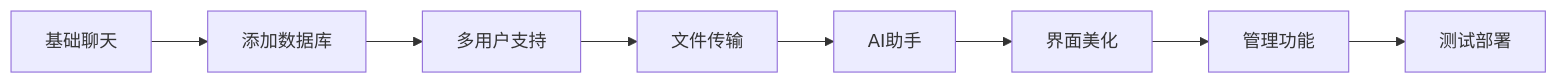
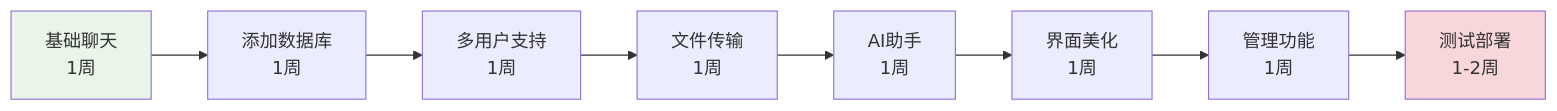
The third of 5 diagrams in docs/learning-v02/index.md (ogas1024/Chat-Room), drawn with Mermaid before and after one commit. The commit also changed other lines of this file and 33 other files, not shown here.

````diff
--- a/docs/learning-v02/index.md
+++ b/docs/learning-v02/index.md
@@ -154,10 +256,13 @@
 ```mermaid
 graph LR
-    A[基础聊天] --> B[添加数据库]
-    B --> C[多用户支持]
-    C --> D[文件传输]
-    D --> E[AI助手]
-    E --> F[界面美化]
-    F --> G[管理功能]
-    G --> H[测试部署]
+    A[基础聊天<br/>1周] --> B[添加数据库<br/>1周]
+    B --> C[多用户支持<br/>1周]
+    C --> D[文件传输<br/>1周]
+    D --> E[AI助手<br/>1周]
+    E --> F[界面美化<br/>1周]
+    F --> G[管理功能<br/>1周]
+    G --> H[测试部署<br/>1-2周]
+
+    style A fill:#e8f5e8
+    style H fill:#f8d7da
 ```
````
